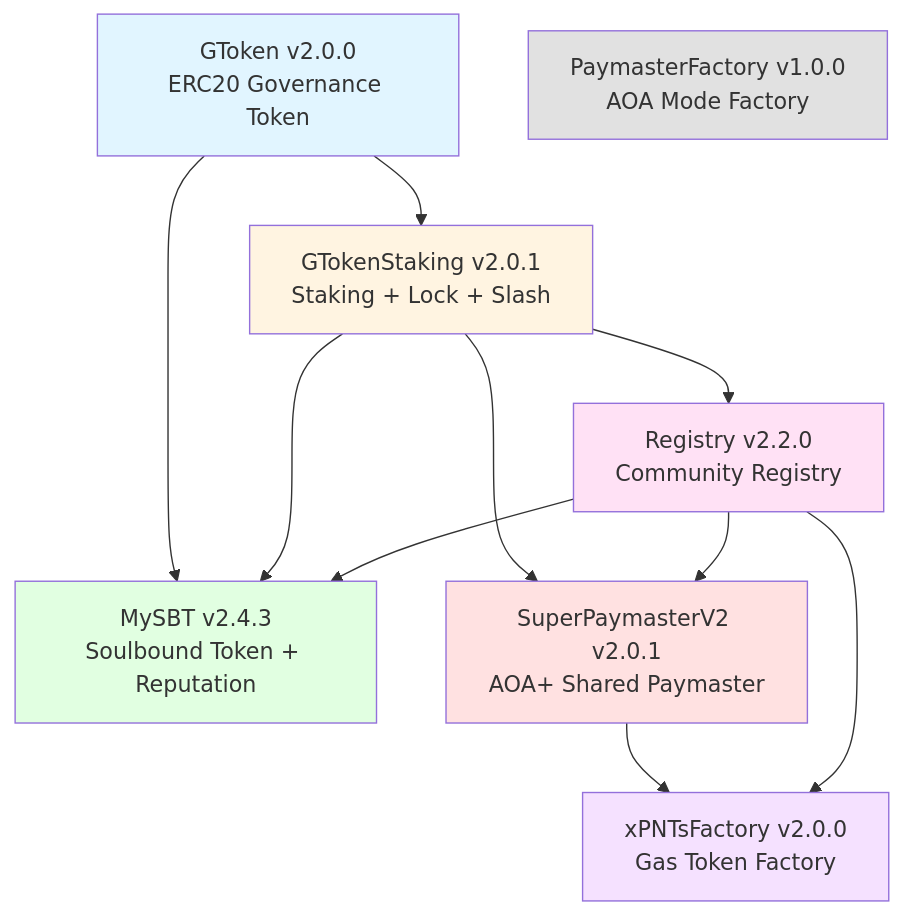
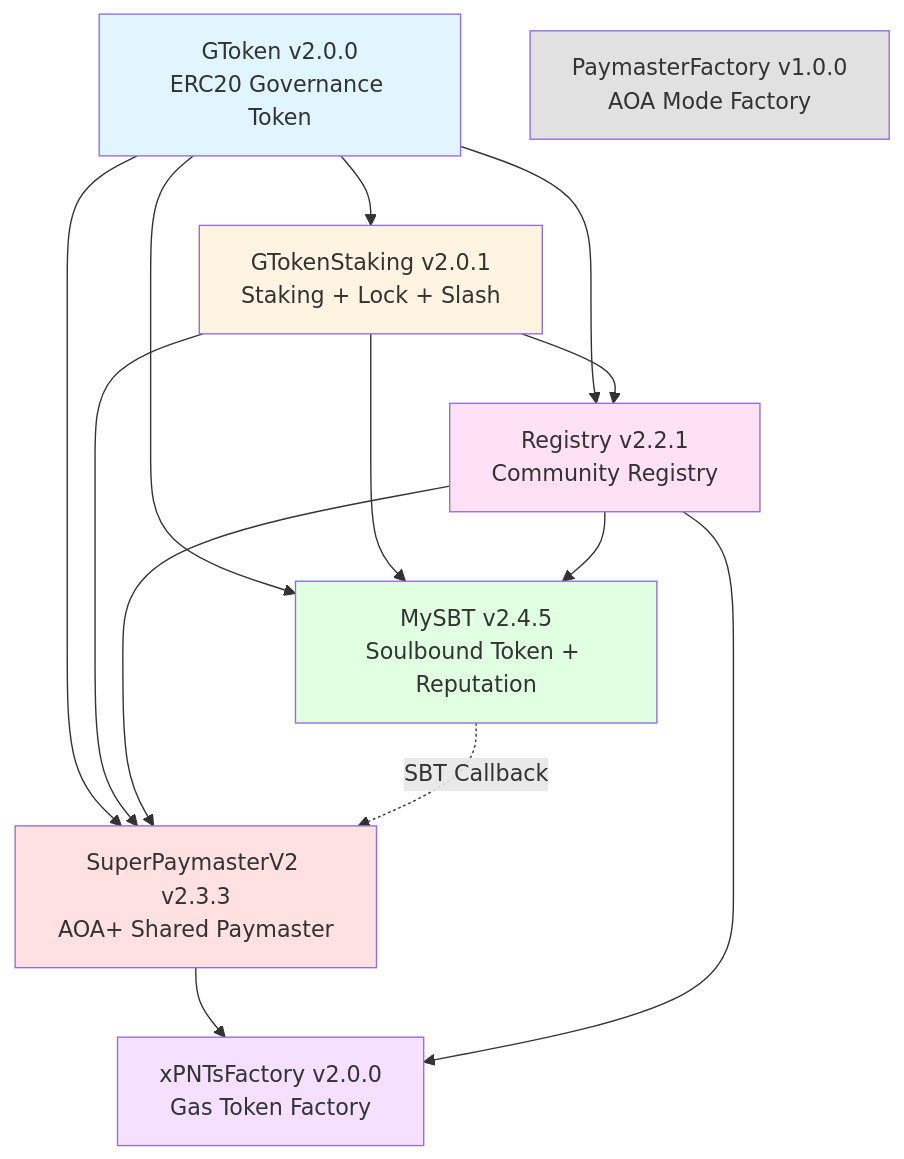
The first of 2 diagrams in README.md (AAStarCommunity/SuperPaymaster), drawn with Mermaid before and after one commit. The commit also changed other lines of this file, not shown here.

````diff
--- a/README.md
+++ b/README.md
@@ -88,33 +88,36 @@
 ```mermaid
 graph TB
     GToken[GToken v2.0.0<br/>ERC20 Governance Token]
 
     GTokenStaking[GTokenStaking v2.0.1<br/>Staking + Lock + Slash]
     GToken --> GTokenStaking
 
-    Registry[Registry v2.2.0<br/>Community Registry]
+    Registry[Registry v2.2.1<br/>Community Registry]
+    GToken --> Registry
     GTokenStaking --> Registry
 
-    MySBT[MySBT v2.4.3<br/>Soulbound Token + Reputation]
+    MySBT[MySBT v2.4.5<br/>Soulbound Token + Reputation]
     GToken --> MySBT
     GTokenStaking --> MySBT
     Registry --> MySBT
 
-    SuperPaymasterV2[SuperPaymasterV2 v2.0.1<br/>AOA+ Shared Paymaster]
+    SuperPaymasterV2[SuperPaymasterV2 v2.3.3<br/>AOA+ Shared Paymaster]
+    GToken --> SuperPaymasterV2
     GTokenStaking --> SuperPaymasterV2
     Registry --> SuperPaymasterV2
+    MySBT -.->|SBT Callback| SuperPaymasterV2
 
     xPNTsFactory[xPNTsFactory v2.0.0<br/>Gas Token Factory]
     SuperPaymasterV2 --> xPNTsFactory
     Registry --> xPNTsFactory
 
     PaymasterFactory[PaymasterFactory v1.0.0<br/>AOA Mode Factory]
 
     style GToken fill:#e1f5ff
     style GTokenStaking fill:#fff4e1
     style Registry fill:#ffe1f5
     style MySBT fill:#e1ffe1
     style SuperPaymasterV2 fill:#ffe1e1
     style xPNTsFactory fill:#f5e1ff
     style PaymasterFactory fill:#e1e1e1
 ```
````
